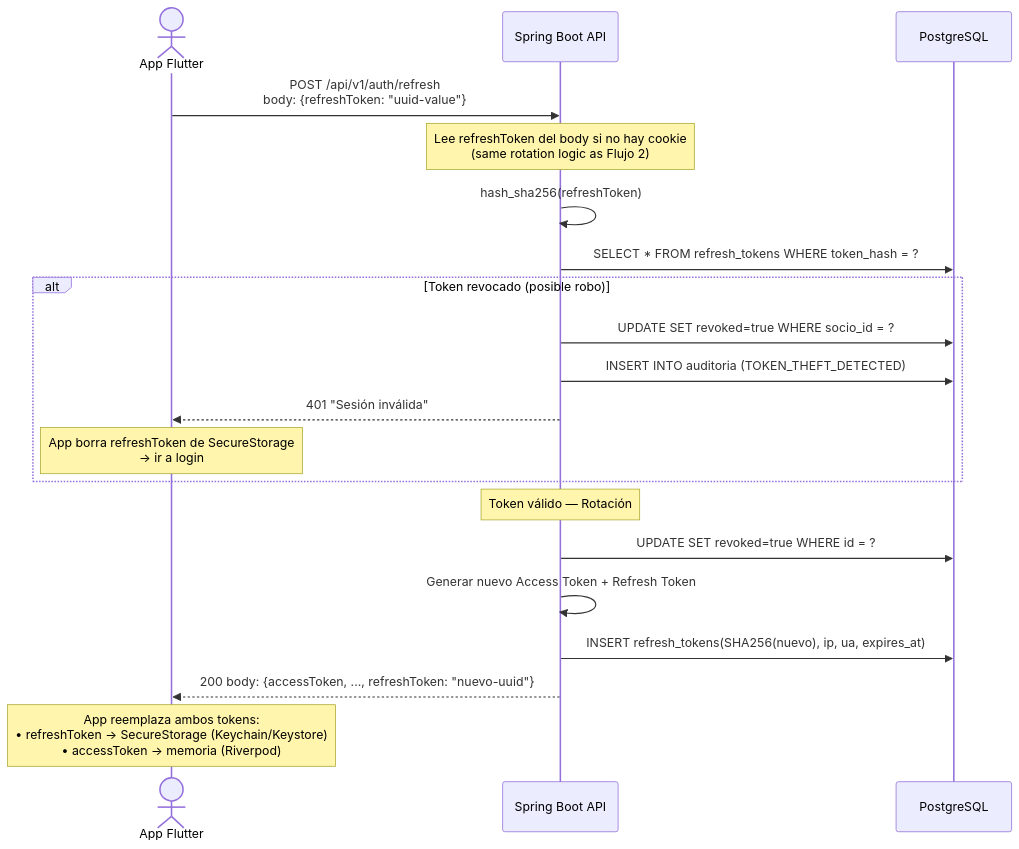
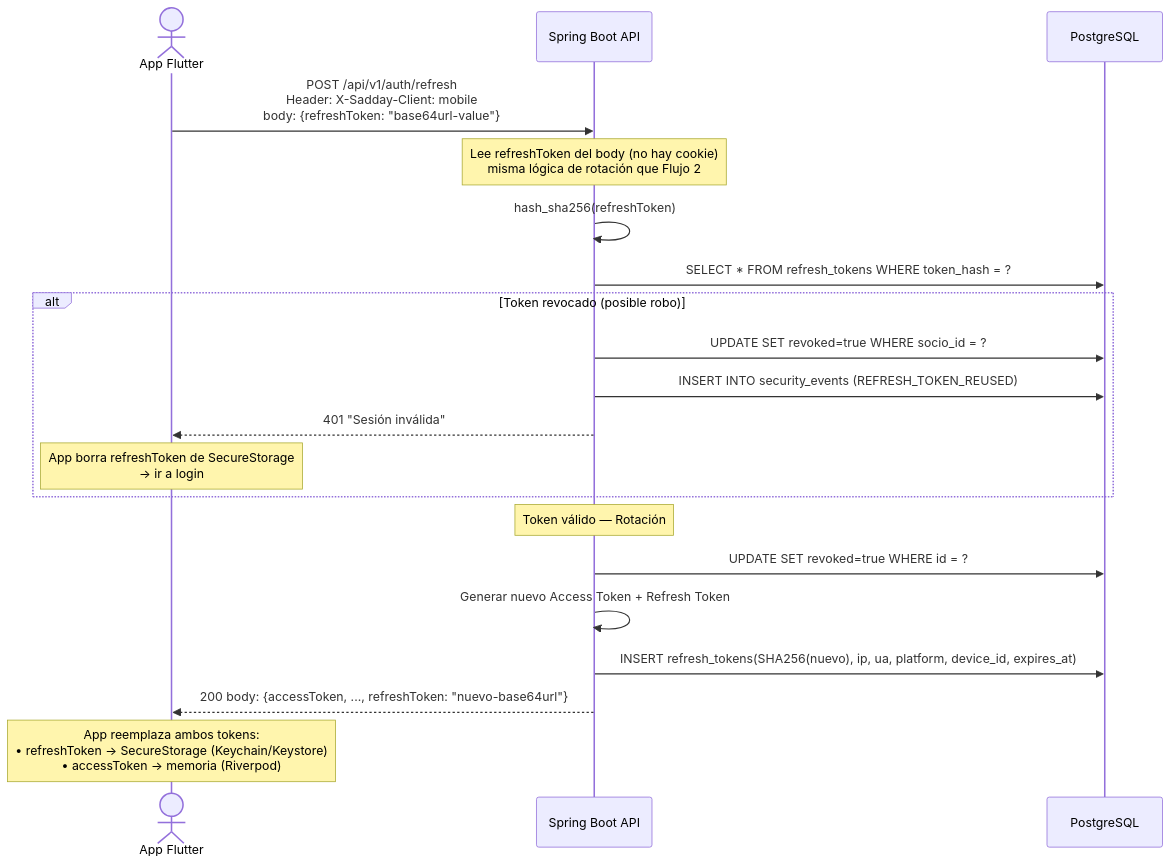
One commit to ovo86da/sadday-app changed the ninth of 10 diagrams in docs/security/diagramas/02_flujos_autenticacion.md. Above: the diagram before and after it, drawn with Mermaid. The commit also changed other lines of this file, not shown here.

First line of the commit message:
docs(security): actualizar diagramas de autenticación para reflejar implementación real

````diff
--- a/docs/security/diagramas/02_flujos_autenticacion.md
+++ b/docs/security/diagramas/02_flujos_autenticacion.md
@@ -231,27 +333,27 @@
 ```mermaid
 sequenceDiagram
     actor App as App Flutter
     participant API as Spring Boot API
     participant DB as PostgreSQL
 
-    App->>API: POST /api/v1/auth/refresh<br/>body: {refreshToken: "uuid-value"}
-    Note over API: Lee refreshToken del body si no hay cookie<br/>(same rotation logic as Flujo 2)
+    App->>API: POST /api/v1/auth/refresh<br/>Header: X-Sadday-Client: mobile<br/>body: {refreshToken: "base64url-value"}
+    Note over API: Lee refreshToken del body (no hay cookie)<br/>misma lógica de rotación que Flujo 2
 
     API->>API: hash_sha256(refreshToken)
     API->>DB: SELECT * FROM refresh_tokens WHERE token_hash = ?
 
     alt Token revocado (posible robo)
         API->>DB: UPDATE SET revoked=true WHERE socio_id = ?
-        API->>DB: INSERT INTO auditoria (TOKEN_THEFT_DETECTED)
+        API->>DB: INSERT INTO security_events (REFRESH_TOKEN_REUSED)
         API-->>App: 401 "Sesión inválida"
         Note over App: App borra refreshToken de SecureStorage<br/>→ ir a login
     end
 
     Note over API: Token válido — Rotación
     API->>DB: UPDATE SET revoked=true WHERE id = ?
     API->>API: Generar nuevo Access Token + Refresh Token
-    API->>DB: INSERT refresh_tokens(SHA256(nuevo), ip, ua, expires_at)
+    API->>DB: INSERT refresh_tokens(SHA256(nuevo), ip, ua, platform, device_id, expires_at)
 
-    API-->>App: 200 body: {accessToken, ..., refreshToken: "nuevo-uuid"}
+    API-->>App: 200 body: {accessToken, ..., refreshToken: "nuevo-base64url"}
     Note over App: App reemplaza ambos tokens:<br/>• refreshToken → SecureStorage (Keychain/Keystore)<br/>• accessToken → memoria (Riverpod)
 ```
````
